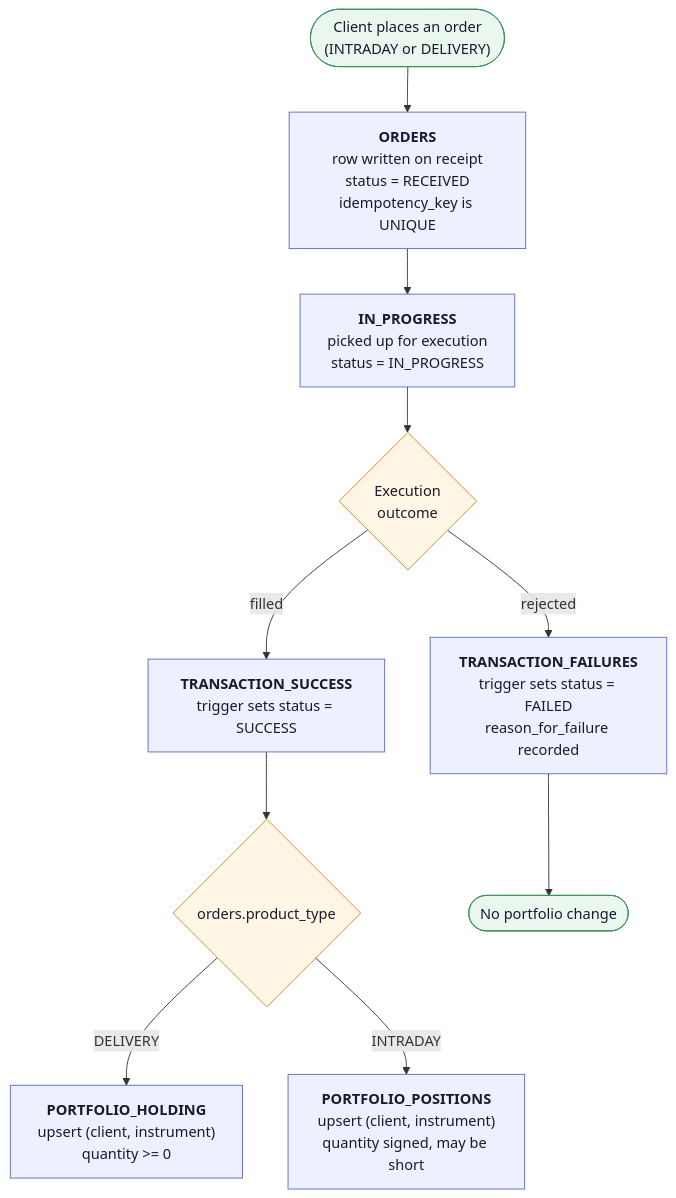
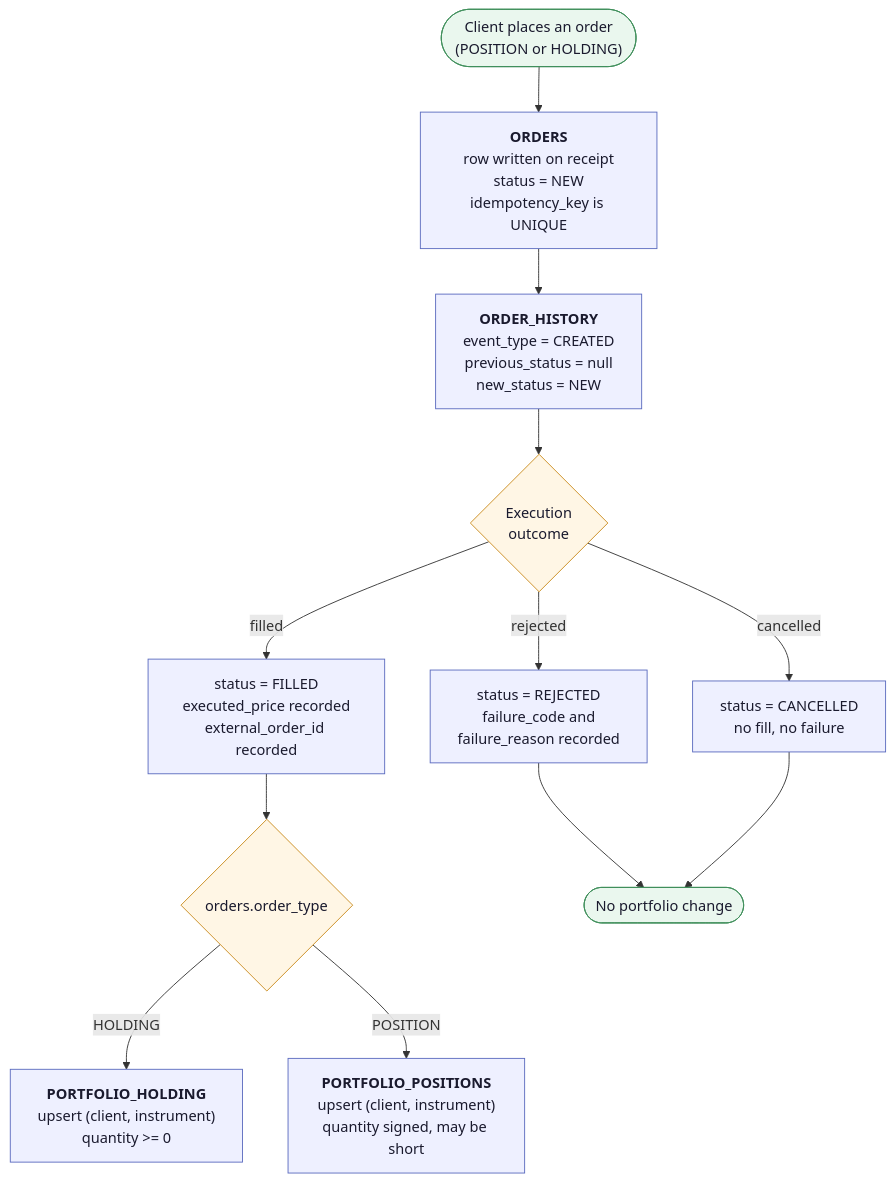
The second of 2 diagrams in docs/erd.md (SamyukthaJ016/Chennai-capstone-SE3-Team1), drawn with Mermaid before and after one commit. The commit also changed other lines of this file and 51 other files, not shown here.

````diff
--- a/docs/erd.md
+++ b/docs/erd.md
@@ -139,28 +169,30 @@
 ```mermaid
 flowchart TB
-    place(["Client places an order<br/>(INTRADAY or DELIVERY)"])
+    place(["Client places an order<br/>(POSITION or HOLDING)"])
 
-    place --> orders["<b>ORDERS</b><br/>row written on receipt<br/>status = RECEIVED<br/>idempotency_key is UNIQUE"]
+    place --> orders["<b>ORDERS</b><br/>row written on receipt<br/>status = NEW<br/>idempotency_key is UNIQUE"]
 
-    orders --> queue["<b>IN_PROGRESS</b><br/>picked up for execution<br/>status = IN_PROGRESS"]
+    orders --> audit["<b>ORDER_HISTORY</b><br/>event_type = CREATED<br/>previous_status = null<br/>new_status = NEW"]
 
-    queue --> outcome{"Execution<br/>outcome"}
+    audit --> outcome{"Execution<br/>outcome"}
 
-    outcome -- "filled" --> success["<b>TRANSACTION_SUCCESS</b><br/>trigger sets status = SUCCESS"]
-    outcome -- "rejected" --> failure["<b>TRANSACTION_FAILURES</b><br/>trigger sets status = FAILED<br/>reason_for_failure recorded"]
+    outcome -- "filled" --> success["status = FILLED<br/>executed_price recorded<br/>external_order_id recorded"]
+    outcome -- "rejected" --> failure["status = REJECTED<br/>failure_code and<br/>failure_reason recorded"]
+    outcome -- "cancelled" --> cancelled["status = CANCELLED<br/>no fill, no failure"]
 
-    success --> route{"orders.product_type"}
+    success --> route{"orders.order_type"}
 
-    route -- "DELIVERY" --> holding["<b>PORTFOLIO_HOLDING</b><br/>upsert (client, instrument)<br/>quantity >= 0"]
-    route -- "INTRADAY" --> positions["<b>PORTFOLIO_POSITIONS</b><br/>upsert (client, instrument)<br/>quantity signed, may be short"]
+    route -- "HOLDING" --> holding["<b>PORTFOLIO_HOLDING</b><br/>upsert (client, instrument)<br/>quantity >= 0"]
+    route -- "POSITION" --> positions["<b>PORTFOLIO_POSITIONS</b><br/>upsert (client, instrument)<br/>quantity signed, may be short"]
 
     failure --> nochange(["No portfolio change"])
+    cancelled --> nochange
 
     classDef table fill:#eef0ff,stroke:#5b6bbf,stroke-width:1px,color:#1a1a2e
     classDef decision fill:#fff6e5,stroke:#c98a1b,stroke-width:1px,color:#1a1a2e
     classDef terminal fill:#eaf7ee,stroke:#3f8f5b,stroke-width:1px,color:#1a1a2e
 
-    class orders,queue,success,failure,holding,positions table
+    class orders,audit,success,failure,cancelled,holding,positions table
     class outcome,route decision
     class place,nochange terminal
 ```
````
